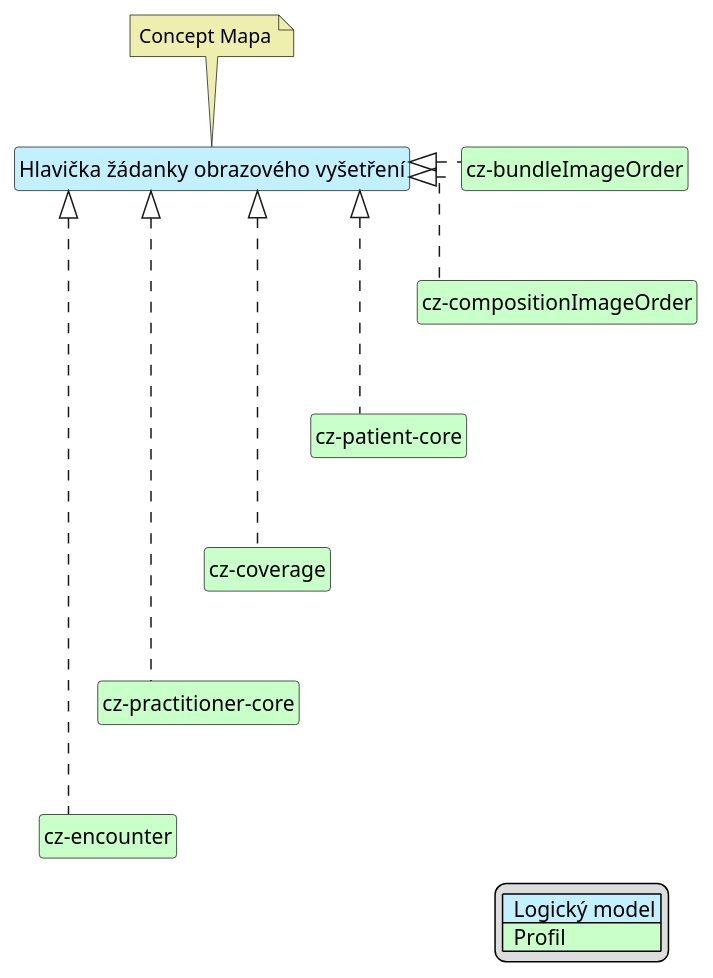
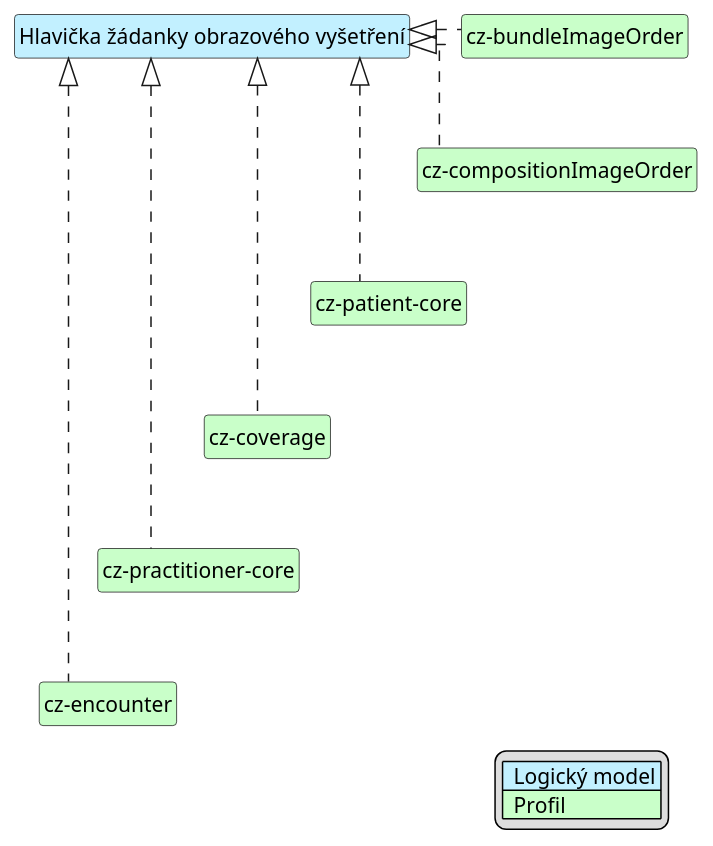
Before and after one commit to HL7-cz/img-order: the diagram in input/images-source/imgOrderHead-map-cs.plantuml, drawn with PlantUML. The commit also changed 16 other files, not shown here.

```diff
--- a/input/images-source/imgOrderHead-map-cs.plantuml
+++ b/input/images-source/imgOrderHead-map-cs.plantuml
@@ -1,46 +1,44 @@
 @startuml
 hide circle
 hide stereotype
 hide members
 hide methods
 skinparam linetype ortho
 skinparam class {
 BackgroundColor<<LogicalModel>> #APPLICATION
 BackgroundColor<<Profile>> #TECHNOLOGY
 }
 legend right
 | <#APPLICATION>  Logický model |
 | <#TECHNOLOGY>  Profil |
 endlegend
 class "Hlavička žádanky obrazového vyšetření" <<LogicalModel>> [[StructureDefinition-HeaderImagingOrder.html]]
-note top #EEEEAE [[ConceptMap-HeaderImagingOrder2FHIR-cz.html]]
-Concept Mapa
-endnote
+
 /'
 class "Additional Recipient" <<LogicalModel>> [[StructureDefinition-AdditionalRecipientCz.html]]
 class "Author" <<LogicalModel>> [[StructureDefinition-AuthorCz.html]]
 class "Information about coverage" <<LogicalModel>> [[StructureDefinition-CoverageOrderCz.html]]
 class "Document metadata" <<LogicalModel>> [[StructureDefinition-DocumentMetadataCz.html]]
 class "Health insurance and payment information" <<LogicalModel>> [[StructureDefinition-PayerCz.html]]
 class "Requested Performer" <<LogicalModel>> [[StructureDefinition-RequestedPerformerCz.html]]
 class "Identification" <<LogicalModel>> [[StructureDefinition-SubjectCz.html]]
 class "Related contact information of the Patient/subject" <<LogicalModel>> [[StructureDefinition-SubjectCz.html]]
 '/
 class "cz-encounter" <<Profile>> [[https://build.fhir.org/ig/HL7-cz/cz-core/StructureDefinition-cz-encounter.html]]
 class "cz-coverage" <<Profile>> [[https://build.fhir.org/ig/HL7-cz/cz-core/StructureDefinition-cz-coverage.html]]
-class "cz-patient-core" <<Profile>> [[https://build.fhir.org/ig/HL7-cz/cz-core/StructureDefinition-cz-patient-core.html]]
+class "cz-patient-core" <<Profile>> [[https://hl7.cz/fhir/core/0.3.0/StructureDefinition-cz-patient-core.html]]
 class "cz-practitioner-core" <<Profile>> [[https://build.fhir.org/ig/HL7-cz/cz-core/StructureDefinition-cz-practitioner-core.html]]
 class "cz-bundleImageOrder" <<Profile>> [[StructureDefinition-cz-bundleImageOrder.html]]
 class "cz-compositionImageOrder" <<Profile>> [[StructureDefinition-cz-compositionImageOrder.html]]
 "Hlavička žádanky obrazového vyšetření" <|. "cz-compositionImageOrder"
 "Hlavička žádanky obrazového vyšetření" <|. "cz-bundleImageOrder"
 "Hlavička žádanky obrazového vyšetření" <|. "cz-patient-core"
 "Hlavička žádanky obrazového vyšetření" <|. "cz-coverage"
 "Hlavička žádanky obrazového vyšetření" <|. "cz-practitioner-core"
 "Hlavička žádanky obrazového vyšetření" <|. "cz-encounter"
 "cz-bundleImageOrder" -d[hidden]-> "cz-compositionImageOrder"
 "cz-compositionImageOrder" -d[hidden]-> "cz-patient-core"
 "cz-patient-core" -d[hidden]-> "cz-coverage"
 "cz-coverage" -d[hidden]-> "cz-practitioner-core"
 "cz-practitioner-core" -d[hidden]-> "cz-encounter"
 @enduml
```
